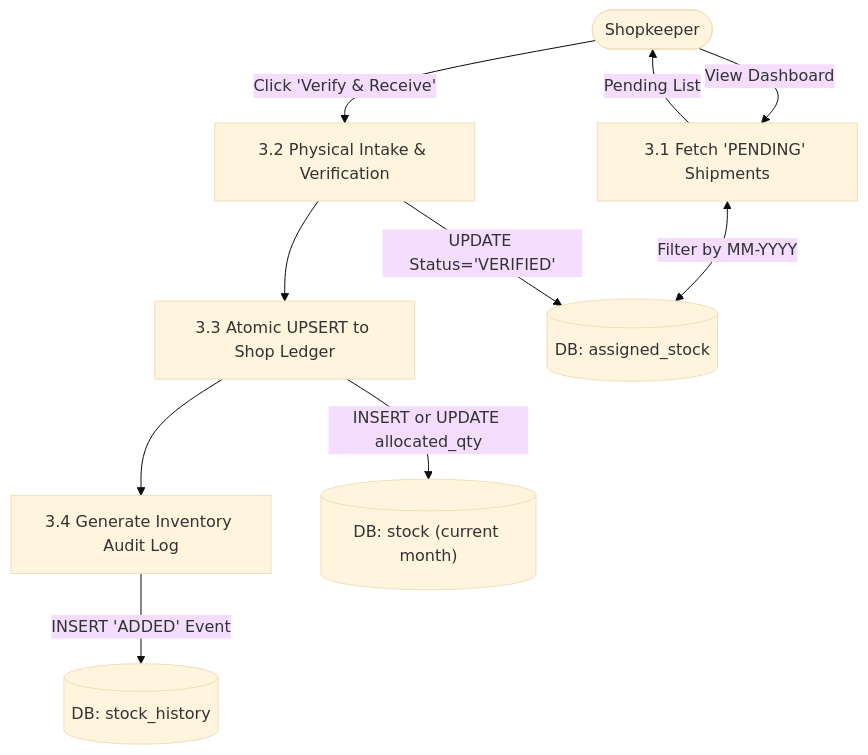
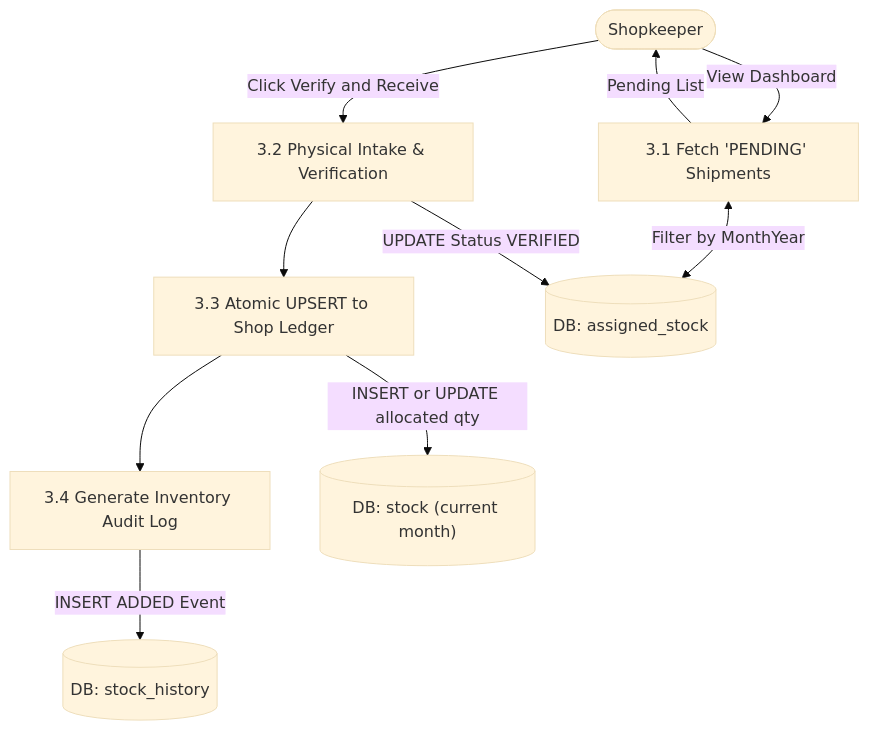
The sixth of 7 diagrams in README.md (Ridhin-raj/MyRation), drawn with Mermaid (base theme) before and after one commit. The commit also changed other lines of this file, not shown here.

Commit message:
fix(docs): scrub special characters from mermaid edge labels to prevent parsing errors

````diff
--- a/README.md
+++ b/README.md
@@ -193,25 +193,25 @@
 ```mermaid
 flowchart TD
     Shopkeeper([Shopkeeper])
 
     P31["3.1 Fetch 'PENDING' Shipments"]
     P32["3.2 Physical Intake & Verification"]
     P33["3.3 Atomic UPSERT to Shop Ledger"]
     P34["3.4 Generate Inventory Audit Log"]
 
     D_Transit[("DB: assigned_stock")]
     D_Stock[("DB: stock (current month)")]
     D_Hist[("DB: stock_history")]
 
     Shopkeeper -->|View Dashboard| P31
-    P31 <-->|Filter by MM-YYYY| D_Transit
+    P31 <-->|Filter by MonthYear| D_Transit
     
     P31 -->|Pending List| Shopkeeper
-    Shopkeeper -->|Click 'Verify & Receive'| P32
+    Shopkeeper -->|Click Verify and Receive| P32
     
-    P32 -->|UPDATE Status='VERIFIED'| D_Transit
+    P32 -->|UPDATE Status VERIFIED| D_Transit
     P32 --> P33
-    P33 -->|INSERT or UPDATE allocated_qty| D_Stock
+    P33 -->|INSERT or UPDATE allocated qty| D_Stock
     P33 --> P34
-    P34 -->|INSERT 'ADDED' Event| D_Hist
+    P34 -->|INSERT ADDED Event| D_Hist
 ```
````
